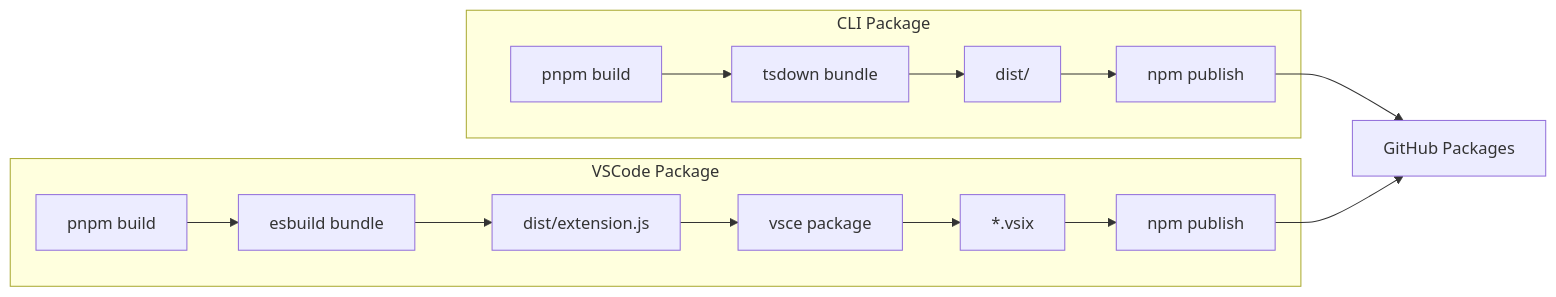
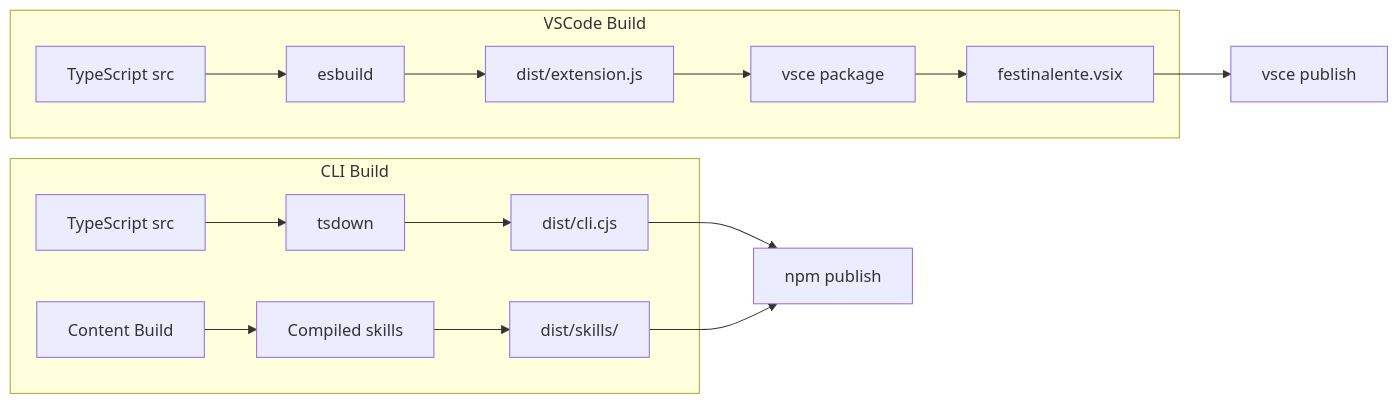
Before and after one commit to mattfletcher94/festinalente: the diagram in .festinalente/engineering/systems/distribution/_index.md, drawn with Mermaid. The commit also changed other lines of this file and 17 other files, not shown here.

````diff
--- a/.festinalente/engineering/systems/distribution/_index.md
+++ b/.festinalente/engineering/systems/distribution/_index.md
@@ -42,19 +41,20 @@
 ```mermaid
 flowchart LR
-    subgraph CLI["CLI Package"]
-        C1["pnpm build"] --> C2["tsdown bundle"]
-        C2 --> C3["dist/"]
-        C3 --> C4["npm publish"]
+    subgraph CLI["CLI Build"]
+        A["TypeScript src"] --> B["tsdown"]
+        C["Content Build"] --> D["Compiled skills"]
+        B --> E["dist/cli.cjs"]
+        D --> F["dist/skills/"]
     end
 
-    subgraph Extension["VSCode Package"]
-        E1["pnpm build"] --> E2["esbuild bundle"]
-        E2 --> E3["dist/extension.js"]
-        E3 --> E4["vsce package"]
-        E4 --> E5["*.vsix"]
-        E5 --> E6["npm publish"]
+    subgraph VSCode["VSCode Build"]
+        G["TypeScript src"] --> H["esbuild"]
+        H --> I["dist/extension.js"]
+        I --> J["vsce package"]
+        J --> K["festinalente.vsix"]
     end
 
-    C4 --> REG["GitHub Packages"]
-    E6 --> REG
+    E --> L["npm publish"]
+    F --> L
+    K --> M["vsce publish"]
 ```
````
